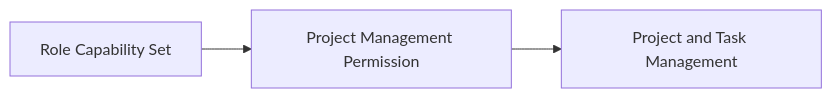
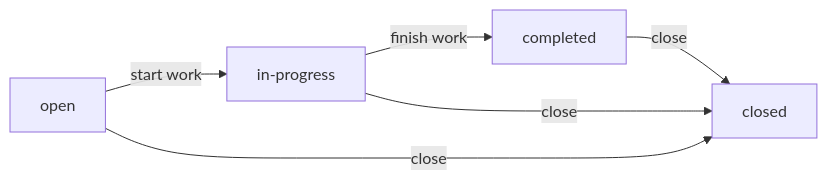
One commit to wrtnlabs/autobe-examples changed diagram 15 of 19 in openai/gpt-5.4-mini/erp/docs/analysis/02-domain-model.md. Above: the diagram before and after it, drawn with Mermaid. The commit also changed other lines of this file and 9017 other files, not shown here.

````diff
--- a/openai/gpt-5.4-mini/erp/docs/analysis/02-domain-model.md
+++ b/openai/gpt-5.4-mini/erp/docs/analysis/02-domain-model.md
@@ -301,5 +737,8 @@
 ```mermaid
 flowchart LR
-    A["Project Management Permission"] --> B["Project and Task Management"]
-    C["Role Capability Set"] --> A
+    A["open"] -->|"start work"| B["in-progress"]
+    B -->|"finish work"| C["completed"]
+    C -->|"close"| D["closed"]
+    B -->|"close"| D
+    A -->|"close"| D
 ```
````
